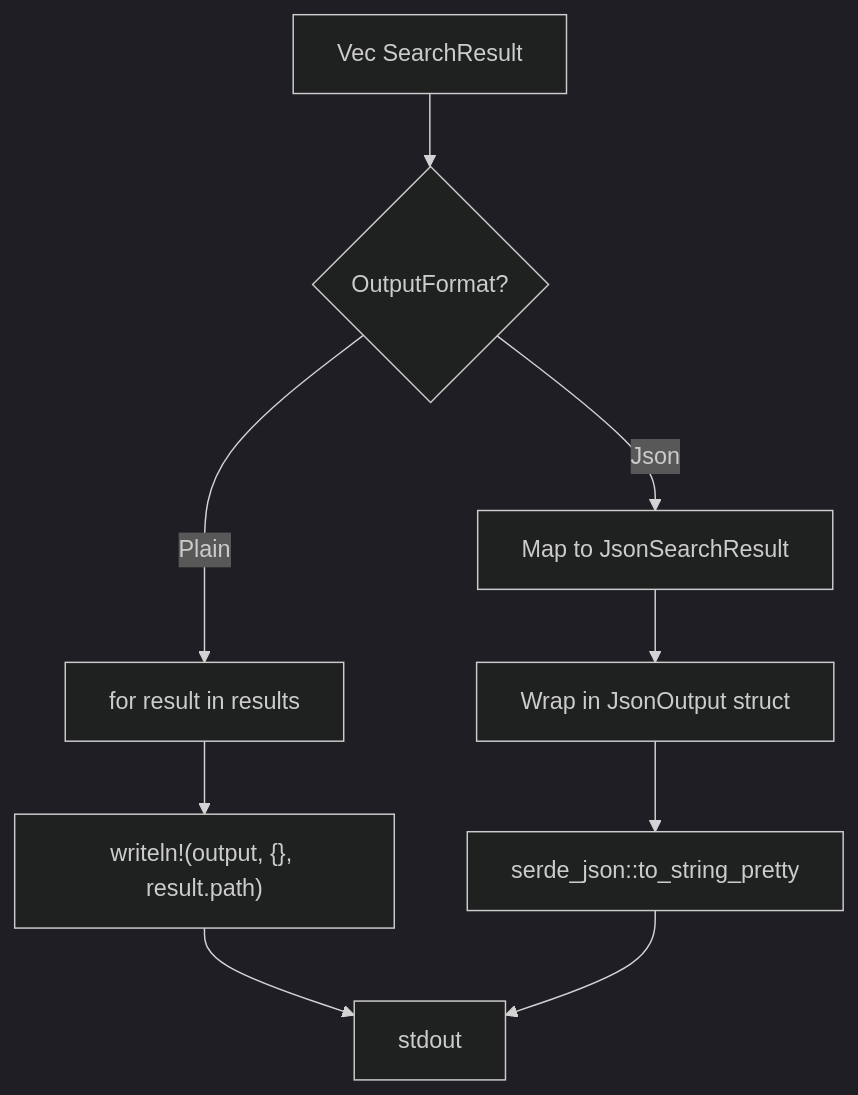
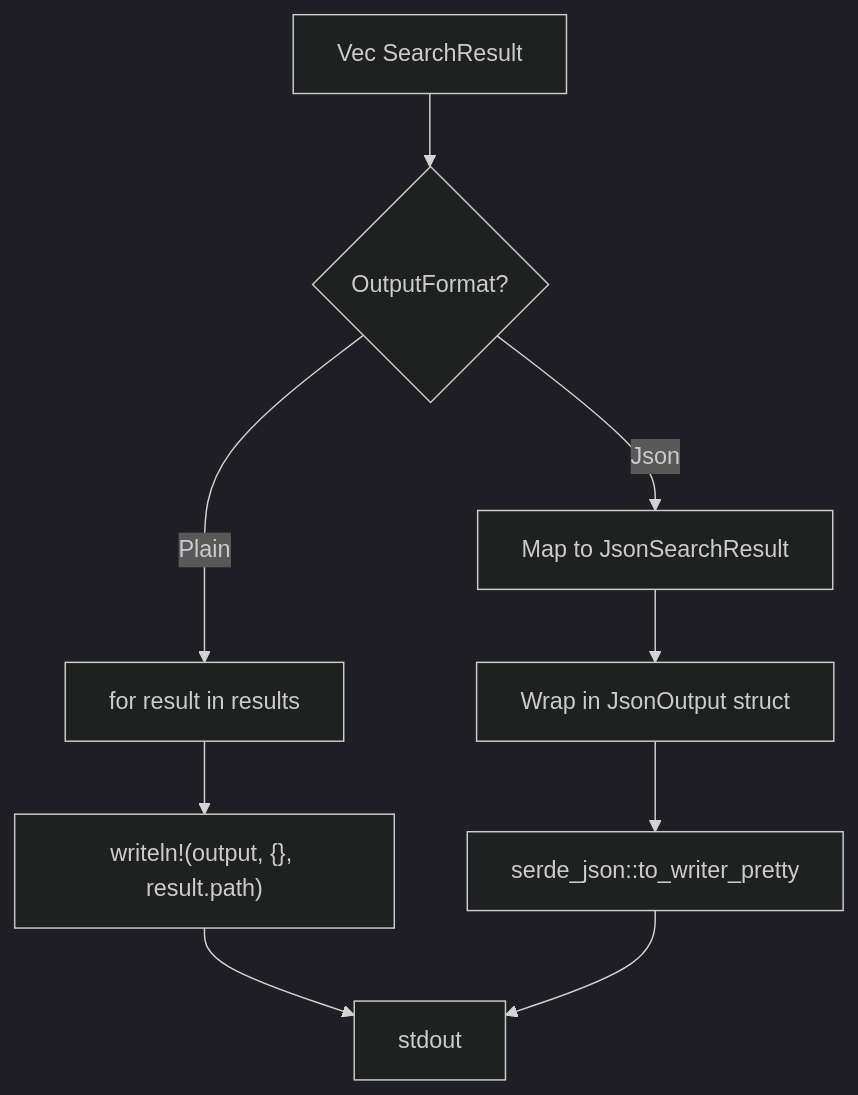
Before and after one commit to mneves75/ffts-grep: the fourth of 5 diagrams in docs/state-machines/04-search-flow.md, drawn with Mermaid (dark theme). The commit also changed other lines of this file and 4 other files, not shown here.

Commit message:
docs: update search flow and versions

````diff
--- a/docs/state-machines/04-search-flow.md
+++ b/docs/state-machines/04-search-flow.md
@@ -128,13 +136,13 @@
 ```mermaid
 flowchart TD
     A[Vec SearchResult] --> B{OutputFormat?}
 
     B -->|Plain| C[for result in results]
     C --> D["writeln!(output, {}, result.path)"]
     D --> E[stdout]
 
     B -->|Json| F[Map to JsonSearchResult]
     F --> G[Wrap in JsonOutput struct]
-    G --> H[serde_json::to_string_pretty]
+    G --> H[serde_json::to_writer_pretty]
     H --> E
 ```
````
